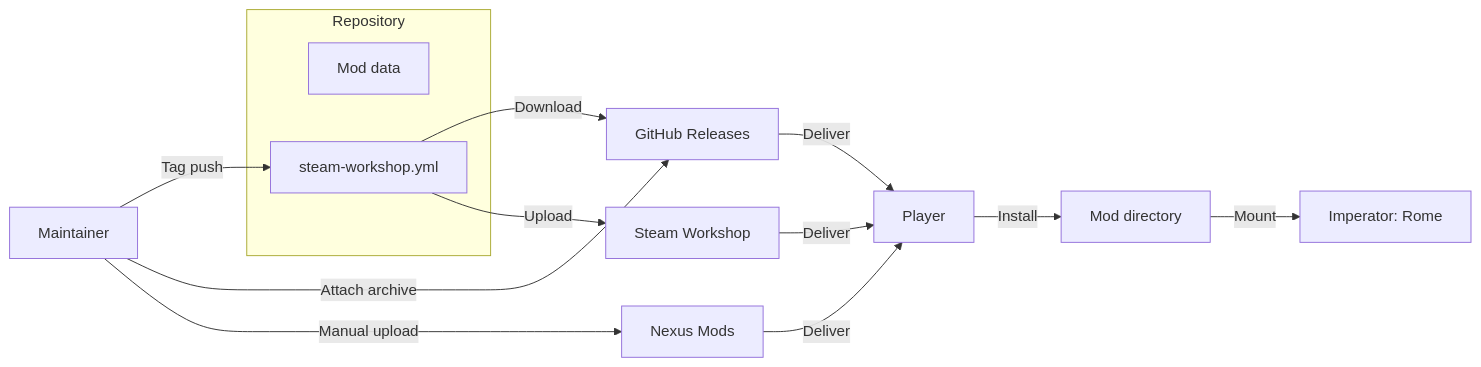
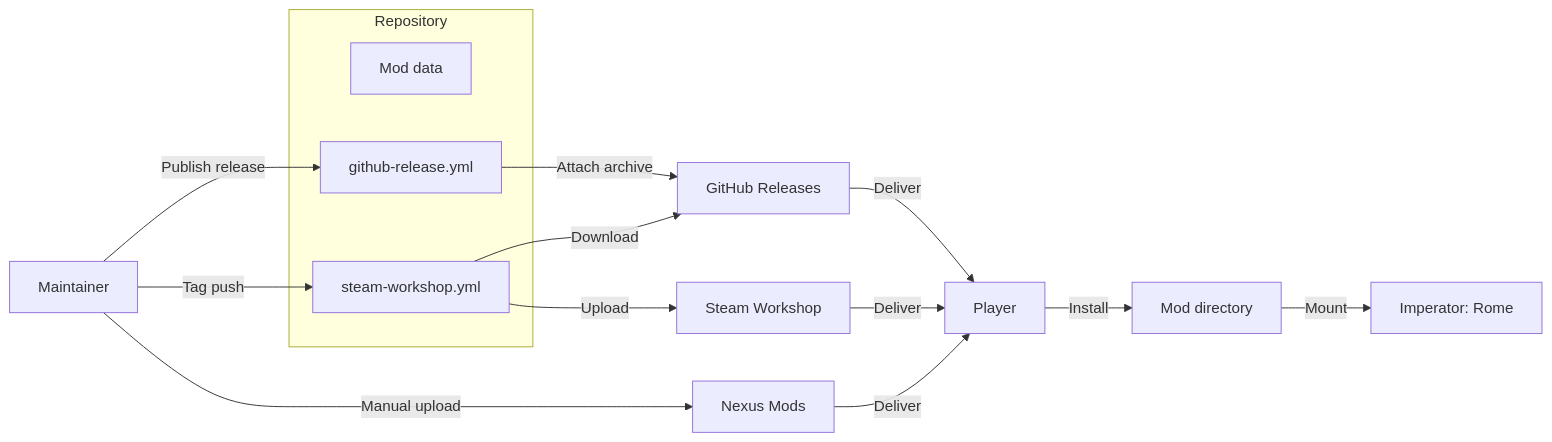
One commit to hmlendea/imperator-dracones-invictus changed the diagram in docs/integrations.md. Above: the diagram before and after it, drawn with Mermaid. The commit also changed other lines of this file and 23 other files, not shown here.

Commit message:
ci: Created the GitHub Release workflow

````diff
--- a/docs/integrations.md
+++ b/docs/integrations.md
@@ -47,17 +48,19 @@
 ```mermaid
 flowchart LR
     subgraph Repository
         Data[Mod data]
+        Build[github-release.yml]
         Workflow[steam-workshop.yml]
     end
-    Maintainer[Maintainer] -->|Tag push| Workflow
-    Maintainer -->|Attach archive| Releases[GitHub Releases]
+    Maintainer[Maintainer] -->|Publish release| Build
+    Build -->|Attach archive| Releases[GitHub Releases]
+    Maintainer -->|Tag push| Workflow
     Workflow -->|Download| Releases
     Workflow -->|Upload| Workshop[Steam Workshop]
     Maintainer -->|Manual upload| Nexus[Nexus Mods]
     Workshop -->|Deliver| Player[Player]
     Nexus -->|Deliver| Player
     Releases -->|Deliver| Player
     Player -->|Install| ModDir[Mod directory]
     ModDir -->|Mount| Host[Imperator: Rome]
 ```
````
